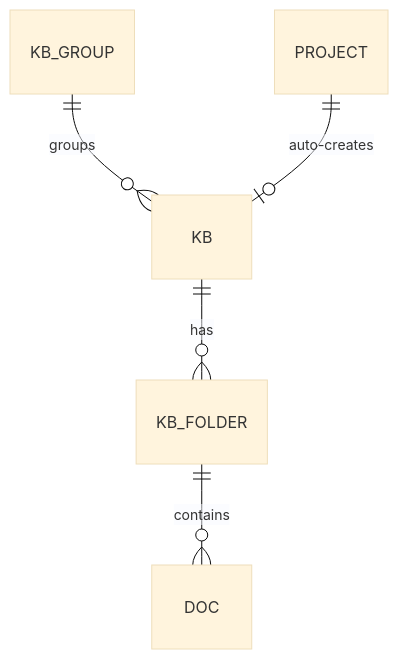
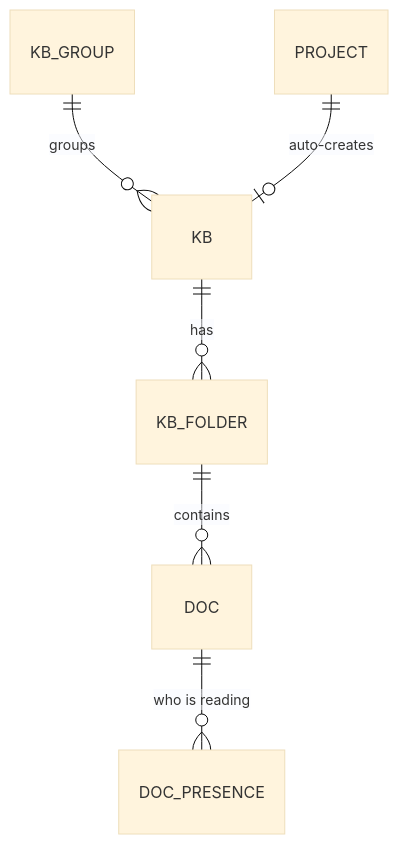
Before and after one commit to wayuwadi/wao: the second of 2 diagrams in docs/database/schema.md, drawn with Mermaid (base theme). The commit also changed other lines of this file and 39 other files, not shown here.

````diff
--- a/docs/database/schema.md
+++ b/docs/database/schema.md
@@ -95,7 +95,8 @@
 ```mermaid
 erDiagram
     KB_GROUP ||--o{ KB : groups
     PROJECT ||--o| KB : "auto-creates"
     KB ||--o{ KB_FOLDER : has
     KB_FOLDER ||--o{ DOC : contains
+    DOC ||--o{ DOC_PRESENCE : "who is reading"
 ```
````
